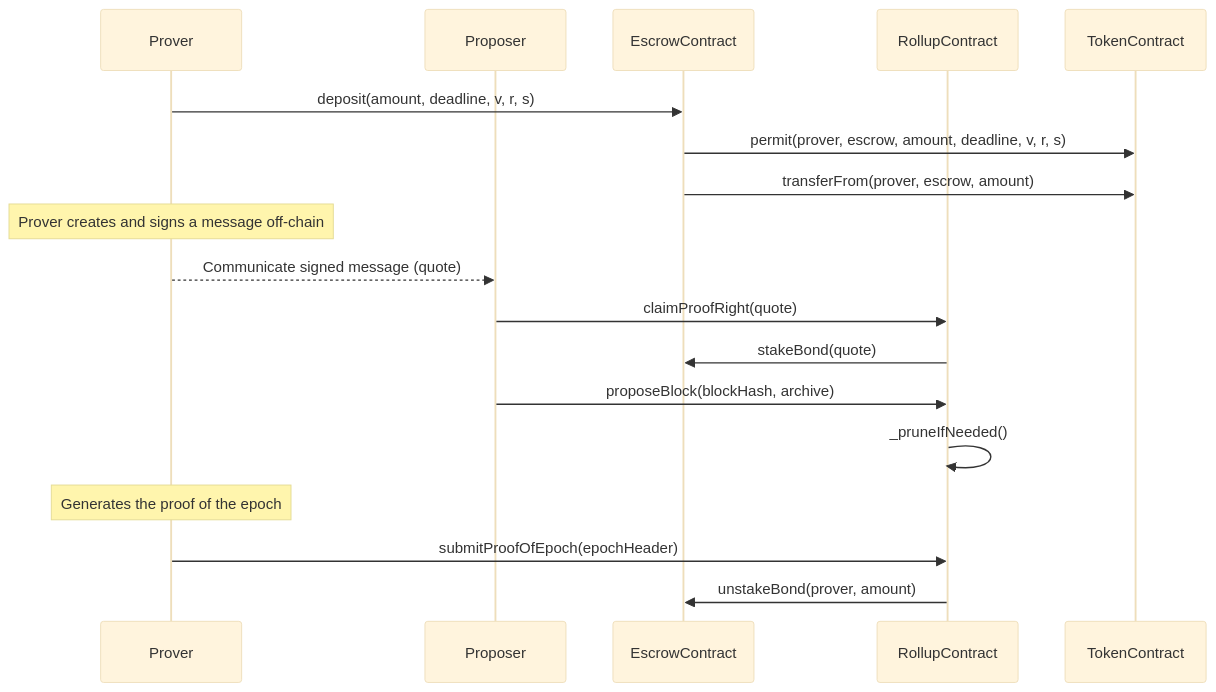
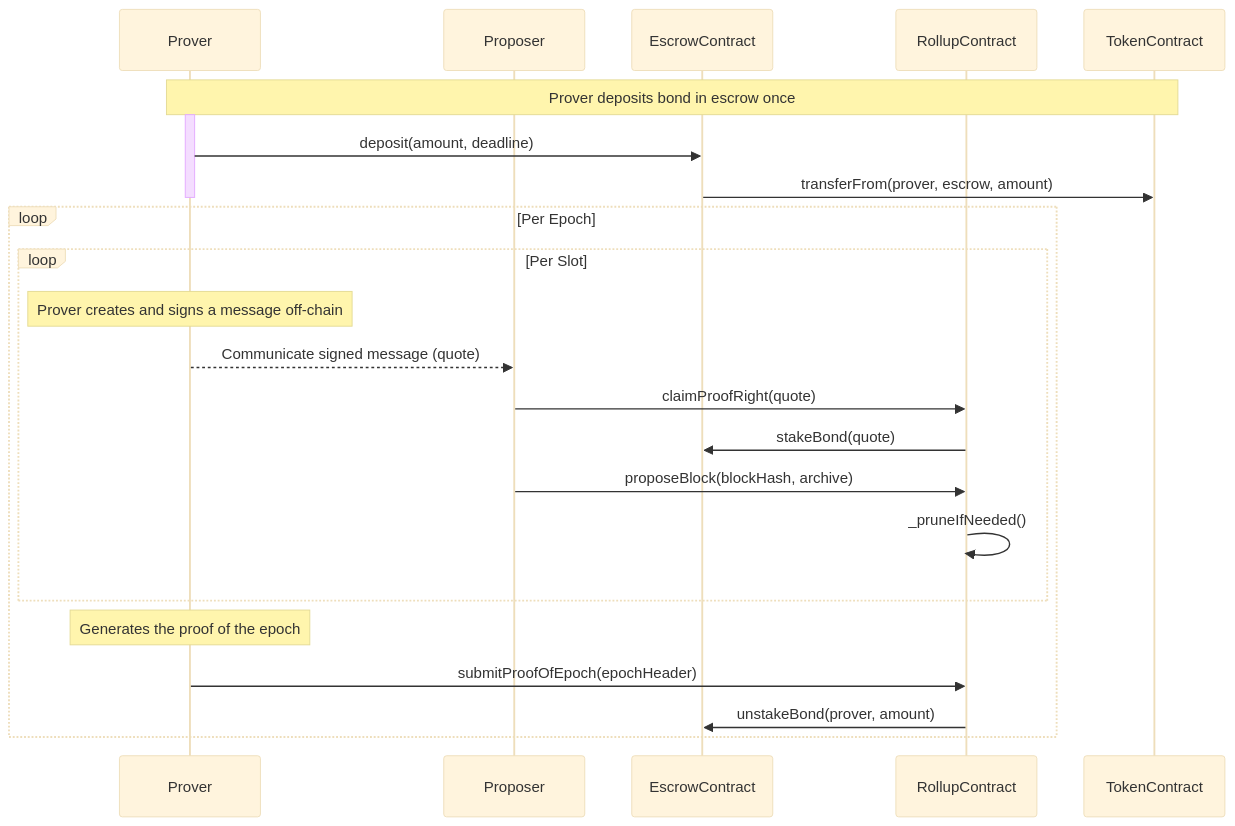
The diagram in in-progress/8401-proof-timeliness/design.md (AztecProtocol/engineering-designs), drawn with Mermaid (base theme) before and after one commit. The commit also changed other lines of this file, not shown here.

````diff
--- a/in-progress/8401-proof-timeliness/design.md
+++ b/in-progress/8401-proof-timeliness/design.md
@@ -63,27 +63,33 @@
 ```mermaid
 sequenceDiagram
     participant Prover
     participant Proposer
     participant EscrowContract
     participant RollupContract
     participant TokenContract
 
-    Prover->>EscrowContract: deposit(amount, deadline, v, r, s)
-    EscrowContract->>TokenContract: permit(prover, escrow, amount, deadline, v, r, s)
+    Note over Prover,TokenContract: Prover deposits bond in escrow once
+
+    activate Prover
+    Prover->>EscrowContract: deposit(amount, deadline)
     EscrowContract->>TokenContract: transferFrom(prover, escrow, amount)
+    deactivate Prover
     
-    Note over Prover: Prover creates and signs a message off-chain
-    Prover-->>Proposer: Communicate signed message (quote)
+    loop Per Epoch
+        loop Per Slot
+            Note over Prover: Prover creates and signs a message off-chain
+            Prover-->>Proposer: Communicate signed message (quote)
     
-    Proposer->>RollupContract: claimProofRight(quote)
-    RollupContract->>EscrowContract: stakeBond(quote)
+            Proposer->>RollupContract: claimProofRight(quote)
+            RollupContract->>EscrowContract: stakeBond(quote)
 
-    Proposer->>RollupContract: proposeBlock(blockHash, archive)
-    RollupContract->>RollupContract: _pruneIfNeeded()
+            Proposer->>RollupContract: proposeBlock(blockHash, archive)
+            RollupContract->>RollupContract: _pruneIfNeeded()
+        end
     
-    Note over Prover: Generates the proof of the epoch
-    Prover->>RollupContract: submitProofOfEpoch(epochHeader)
-    
-    RollupContract->>EscrowContract: unstakeBond(prover, amount)
+        Note over Prover: Generates the proof of the epoch
+        Prover->>RollupContract: submitProofOfEpoch(epochHeader)
+        RollupContract->>EscrowContract: unstakeBond(prover, amount)
+    end
     
 ```
````
